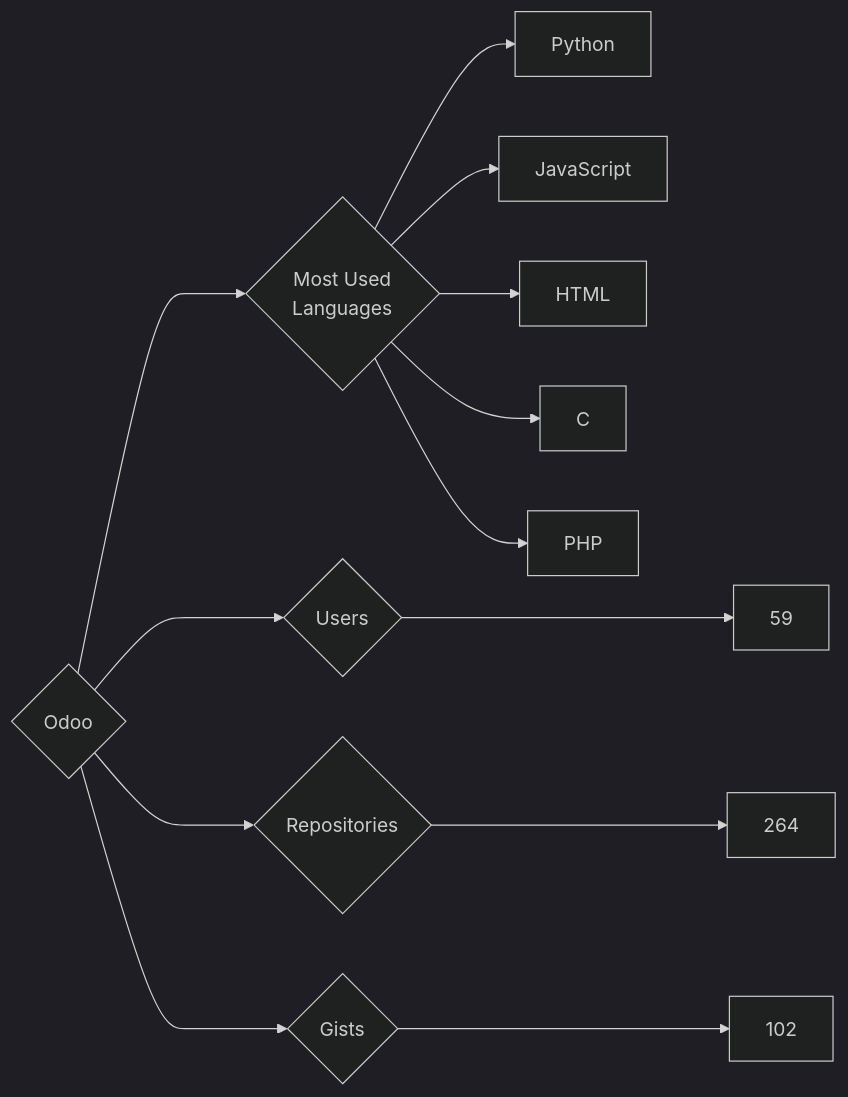
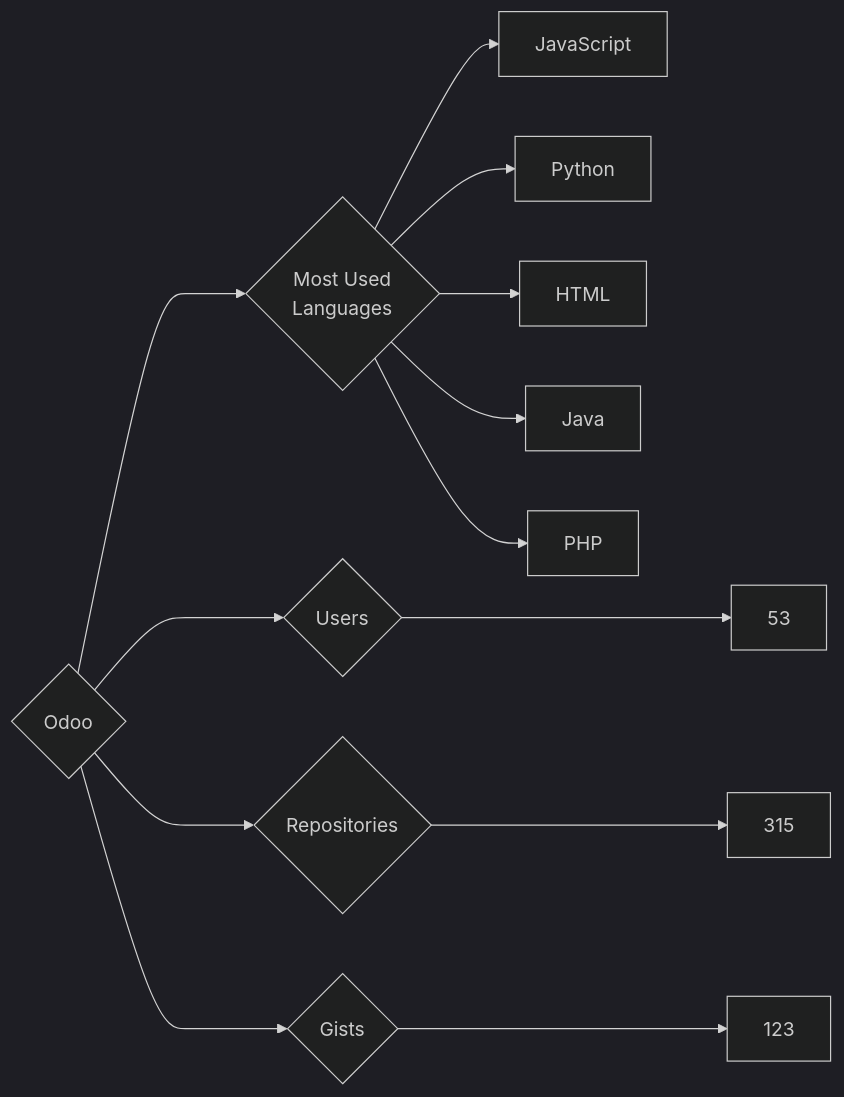
The diagram in targets/Odoo/README.md (trickest/insiders), drawn with Mermaid (dark theme) before and after one commit. The commit also changed 860 other files, not shown here.

````diff
--- a/targets/Odoo/README.md
+++ b/targets/Odoo/README.md
@@ -3,13 +3,13 @@
 ```mermaid
 graph LR
 COMPANY_NAME{Odoo}
-COMPANY_NAME ---> U{Users} ---> UN[59]
-COMPANY_NAME ---> R{Repositories} ---> RN[264]
-COMPANY_NAME ---> G{Gists} ---> GN[102]
+COMPANY_NAME ---> U{Users} ---> UN[53]
+COMPANY_NAME ---> R{Repositories} ---> RN[315]
+COMPANY_NAME ---> G{Gists} ---> GN[123]
 COMPANY_NAME ---> ML{Most Used<br>Languages}
+ML --> JavaScript[JavaScript]
 ML --> Python[Python]
-ML --> JavaScript[JavaScript]
 ML --> HTML[HTML]
-ML --> C[C]
+ML --> Java[Java]
 ML --> PHP[PHP]
 ```
````
